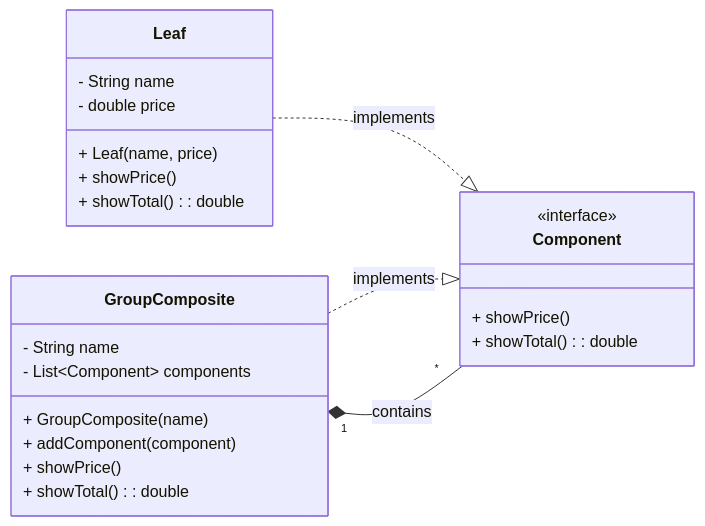
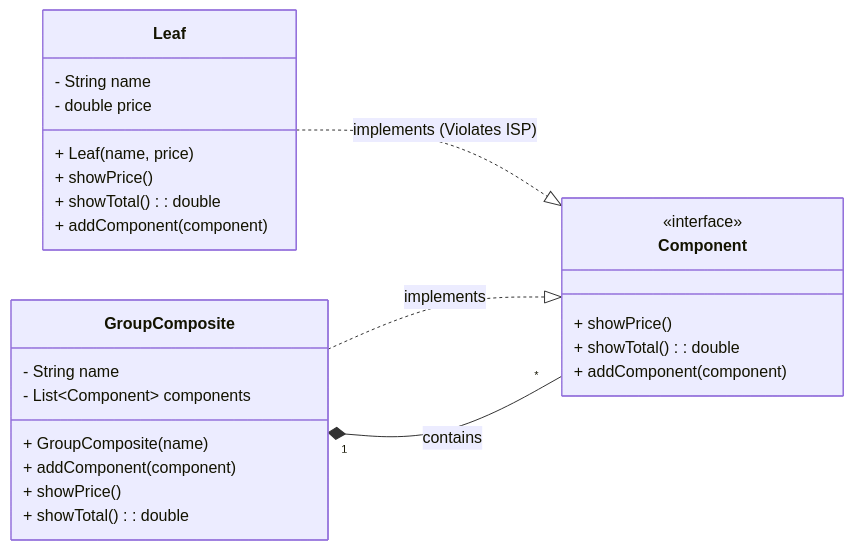
The diagram in padroes/composite/antipattern/README.md (DaviSFS21/bertoti), drawn with Mermaid before and after one commit.

Commit message:
docs: add "addComponent" method to composite anti-pattern

````diff
--- a/padroes/composite/antipattern/README.md
+++ b/padroes/composite/antipattern/README.md
@@ -3,32 +3,35 @@
 ```mermaid
 classDiagram
     direction LR
 
-    class Component {
-        <<interface>>
-        + showPrice()
-        + showTotal(): double
-    }
-    
-    class Leaf {
-        - String name
-        - double price
-        + Leaf(name, price)
-        + showPrice()
-        + showTotal(): double
-    }
-    
-    class GroupComposite {
-        - String name
-        - List~Component~ components
-        + GroupComposite(name)
-        + addComponent(component)
-        + showPrice()
-        + showTotal(): double
-    }
-    
-    Leaf ..|> Component : implements
-    GroupComposite ..|> Component : implements
-    
-    GroupComposite "1" *-- "*" Component : contains
+class Component {
+    <<interface>>
+    + showPrice()
+    + showTotal(): double
+    + addComponent(component)
+}
+
+%% Leaf Class (FAT LEAF)
+class Leaf {
+    - String name
+    - double price
+    + Leaf(name, price)
+    + showPrice()
+    + showTotal(): double
+    + addComponent(component)
+}
+
+class GroupComposite {
+    - String name
+    - List~Component~ components
+    + GroupComposite(name)
+    + addComponent(component)
+    + showPrice()
+    + showTotal(): double
+}
+
+Leaf ..|> Component : implements (Violates ISP)
+GroupComposite ..|> Component : implements
+
+GroupComposite "1" *-- "*" Component : contains
 ```
````
